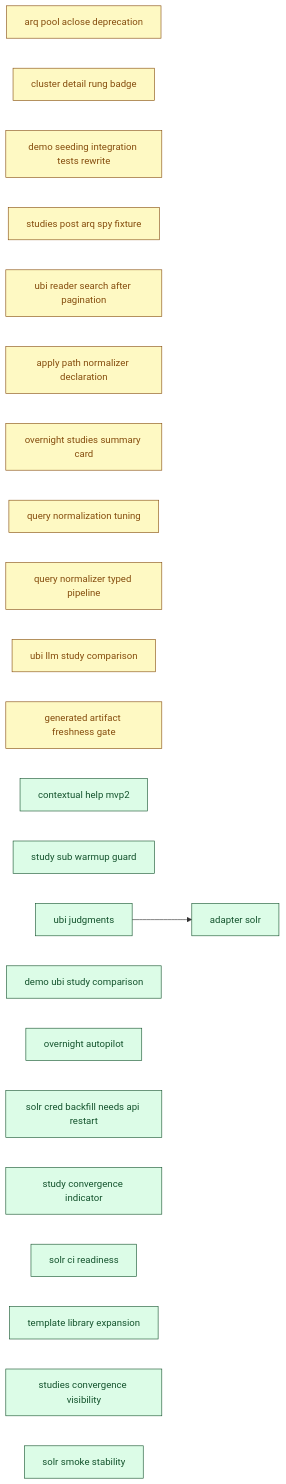
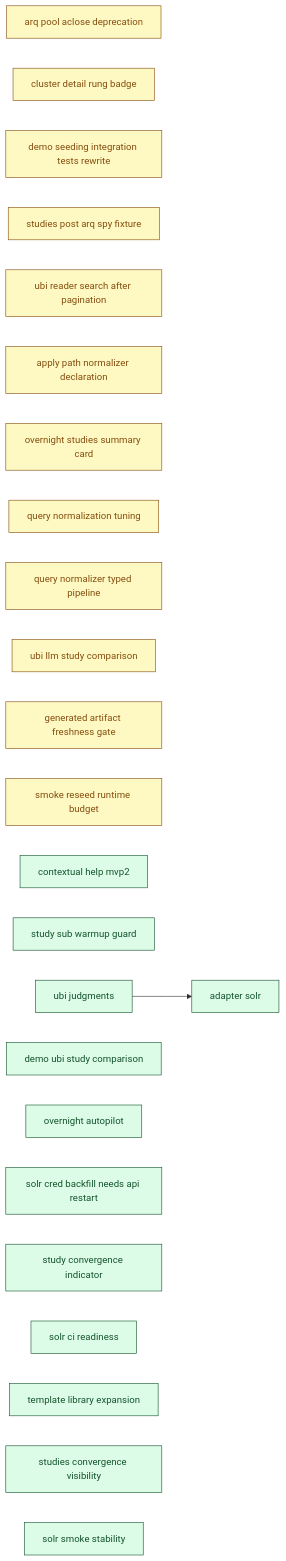
The diagram in docs/00_overview/MVP2_DASHBOARD.md (SoundMindsAI/relyloop), drawn with Mermaid before and after one commit. The commit also changed other lines of this file and 12 other files, not shown here.

First line of the commit message:
infra: exclude demo-ubi.spec.ts from CI Playwright run (unblock smoke runtime budget) (#424)

````diff
--- a/docs/00_overview/MVP2_DASHBOARD.md
+++ b/docs/00_overview/MVP2_DASHBOARD.md
@@ -108,55 +108,57 @@
 ```mermaid
 graph LR
   classDef done fill:#dcfce7,stroke:#14532d,color:#14532d;
   classDef implement fill:#ffedd5,stroke:#9a3412,color:#9a3412;
   classDef plan fill:#fef9c3,stroke:#854d0e,color:#854d0e;
   classDef spec fill:#dbeafe,stroke:#1e40af,color:#1e40af;
   classDef idea fill:#f1f5f9,stroke:#334155,color:#334155;
   chore_arq_pool_aclose_deprecation["arq pool aclose deprecation"]
   class chore_arq_pool_aclose_deprecation plan;
   chore_cluster_detail_rung_badge["cluster detail rung badge"]
   class chore_cluster_detail_rung_badge plan;
   chore_demo_seeding_integration_tests_rewrite["demo seeding integration tests rewrite"]
   class chore_demo_seeding_integration_tests_rewrite plan;
   chore_studies_post_arq_spy_fixture["studies post arq spy fixture"]
   class chore_studies_post_arq_spy_fixture plan;
   chore_ubi_reader_search_after_pagination["ubi reader search after pagination"]
   class chore_ubi_reader_search_after_pagination plan;
   feat_apply_path_normalizer_declaration["apply path normalizer declaration"]
   class feat_apply_path_normalizer_declaration plan;
   feat_overnight_studies_summary_card["overnight studies summary card"]
   class feat_overnight_studies_summary_card plan;
   feat_query_normalization_tuning["query normalization tuning"]
   class feat_query_normalization_tuning plan;
   feat_query_normalizer_typed_pipeline["query normalizer typed pipeline"]
   class feat_query_normalizer_typed_pipeline plan;
   feat_ubi_llm_study_comparison["ubi llm study comparison"]
   class feat_ubi_llm_study_comparison plan;
   infra_generated_artifact_freshness_gate["generated artifact freshness gate"]
   class infra_generated_artifact_freshness_gate plan;
+  infra_smoke_reseed_runtime_budget["smoke reseed runtime budget"]
+  class infra_smoke_reseed_runtime_budget plan;
   feat_contextual_help_mvp2["contextual help mvp2"]
   class feat_contextual_help_mvp2 done;
   feat_study_sub_warmup_guard["study sub warmup guard"]
   class feat_study_sub_warmup_guard done;
   feat_ubi_judgments["ubi judgments"]
   class feat_ubi_judgments done;
   feat_demo_ubi_study_comparison["demo ubi study comparison"]
   class feat_demo_ubi_study_comparison done;
   feat_overnight_autopilot["overnight autopilot"]
   class feat_overnight_autopilot done;
   infra_adapter_solr["adapter solr"]
   class infra_adapter_solr done;
   chore_solr_cred_backfill_needs_api_restart["solr cred backfill needs api restart"]
   class chore_solr_cred_backfill_needs_api_restart done;
   feat_study_convergence_indicator["study convergence indicator"]
   class feat_study_convergence_indicator done;
   infra_solr_ci_readiness["solr ci readiness"]
   class infra_solr_ci_readiness done;
   chore_template_library_expansion["template library expansion"]
   class chore_template_library_expansion done;
   feat_studies_convergence_visibility["studies convergence visibility"]
   class feat_studies_convergence_visibility done;
   infra_solr_smoke_stability["solr smoke stability"]
   class infra_solr_smoke_stability done;
   feat_ubi_judgments --> infra_adapter_solr
 ```
````
